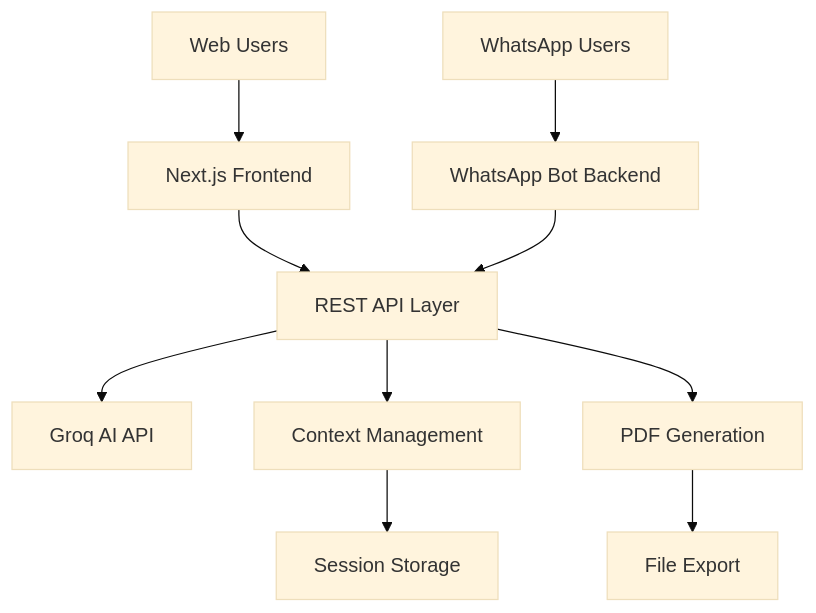
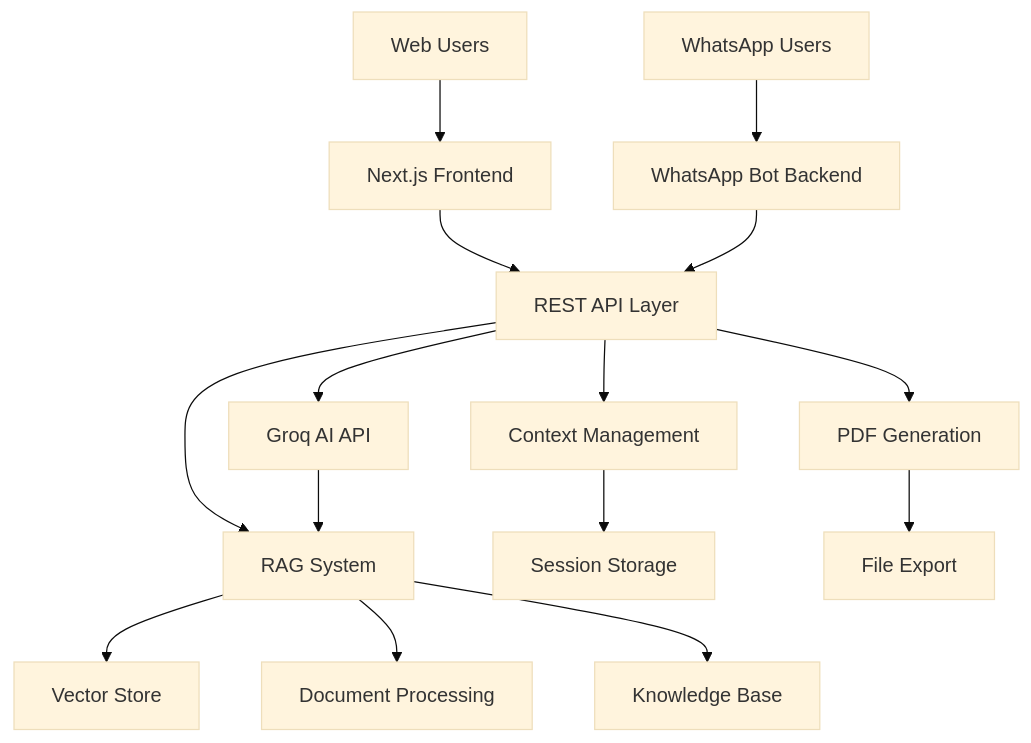
One commit to BraianMendes/ai-client-reports changed the diagram in README.md. Above: the diagram before and after it, drawn with Mermaid (base theme). The commit also changed other lines of this file and 34 other files, not shown here.

````diff
--- a/README.md
+++ b/README.md
@@ -19,12 +20,17 @@
 ```mermaid
 graph TB
     A[WhatsApp Users] --> B[WhatsApp Bot Backend]
     C[Web Users] --> D[Next.js Frontend]
     D --> E[REST API Layer]
     B --> E
     E --> F[Groq AI API]
     E --> G[Context Management]
     E --> H[PDF Generation]
+    E --> K[RAG System]
+    K --> L[Vector Store]
+    K --> M[Document Processing]
+    K --> N[Knowledge Base]
     G --> I[Session Storage]
     H --> J[File Export]
+    F --> K
 ```
````
